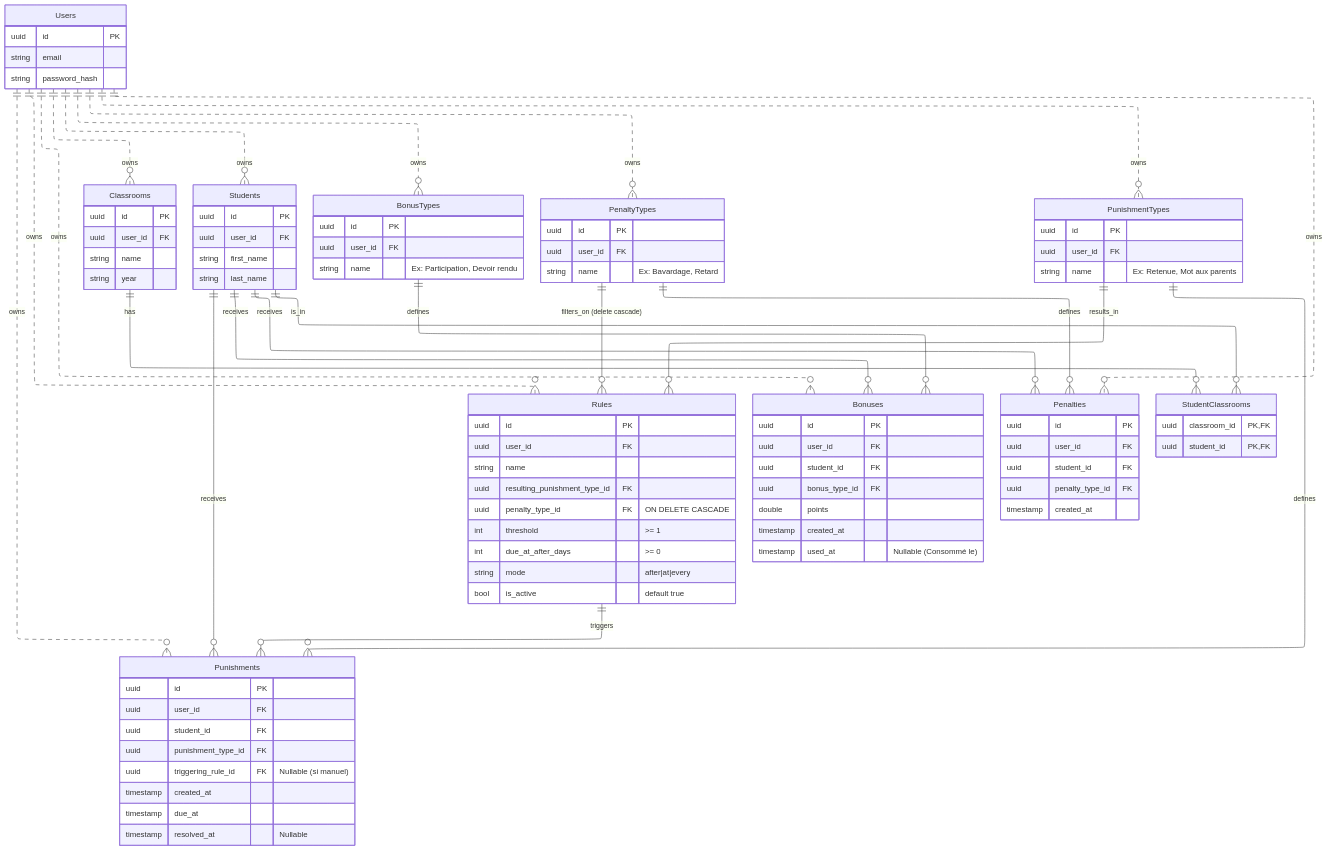
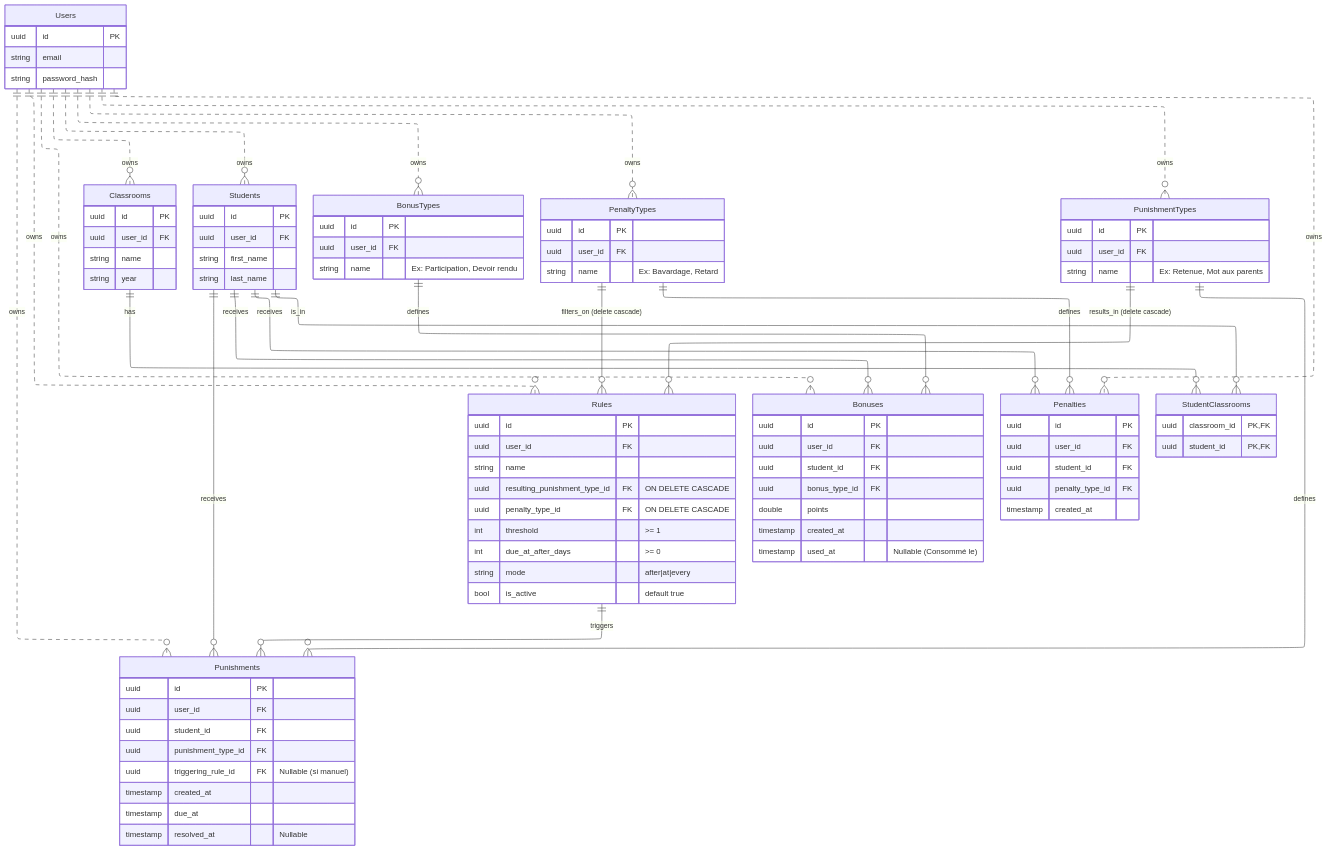
The diagram in docs/projet.md (Mageas/the-punisher-backend-go), drawn with Mermaid before and after one commit. The commit also changed other lines of this file and 6 other files, not shown here.

````diff
--- a/docs/projet.md
+++ b/docs/projet.md
@@ -78,7 +78,7 @@
         uuid id PK ""
         uuid user_id FK ""
         string name  ""
-        uuid resulting_punishment_type_id FK ""
+        uuid resulting_punishment_type_id FK "ON DELETE CASCADE"
         uuid penalty_type_id FK "ON DELETE CASCADE"
         int threshold ">= 1"
         int due_at_after_days ">= 0"
@@ -146,6 +146,6 @@
     PunishmentTypes||--o{Punishments:"defines"
 
     Rules||--o{Punishments:"triggers"
-    PunishmentTypes||--o{Rules:"results_in"
+    PunishmentTypes||--o{Rules:"results_in (delete cascade)"
     PenaltyTypes||--o{Rules:"filters_on (delete cascade)"
 ```
````
